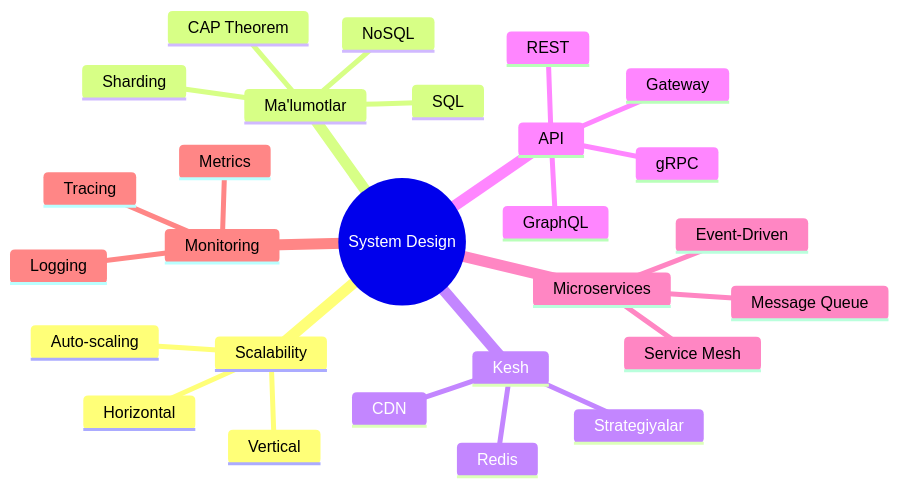
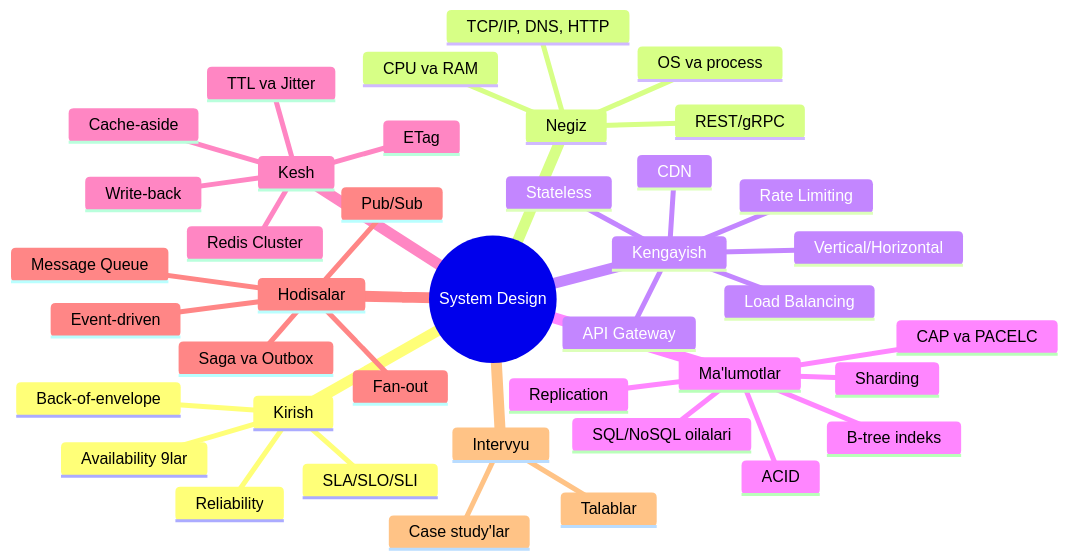
The second of 2 diagrams in System Design/README.md (Otajonoov/dev), drawn with Mermaid before and after one commit. The commit also changed other lines of this file and 377 other files, not shown here.

````diff
--- a/System Design/README.md
+++ b/System Design/README.md
@@ -66,30 +108,43 @@
 ```mermaid
 mindmap
   root((System Design))
-    Scalability
-      Vertical
-      Horizontal
-      Auto-scaling
+    Kirish
+      Reliability
+      Availability 9lar
+      SLA/SLO/SLI
+      Back-of-envelope
+    Negiz
+      CPU va RAM
+      OS va process
+      TCP/IP, DNS, HTTP
+      REST/gRPC
+    Kengayish
+      Vertical/Horizontal
+      Load Balancing
+      Stateless
+      CDN
+      Rate Limiting
+      API Gateway
     Ma'lumotlar
-      SQL
-      NoSQL
-      CAP Theorem
+      ACID
+      SQL/NoSQL oilalari
+      B-tree indeks
+      Replication
       Sharding
+      CAP va PACELC
     Kesh
-      Redis
-      CDN
-      Strategiyalar
-    API
-      REST
-      gRPC
-      GraphQL
-      Gateway
-    Microservices
-      Service Mesh
+      Cache-aside
+      TTL va Jitter
+      ETag
+      Write-back
+      Redis Cluster
+    Hodisalar
+      Event-driven
       Message Queue
-      Event-Driven
-    Monitoring
-      Logging
-      Metrics
-      Tracing
+      Pub/Sub
+      Fan-out
+      Saga va Outbox
+    Intervyu
+      Talablar
+      Case study'lar
 ```
````
